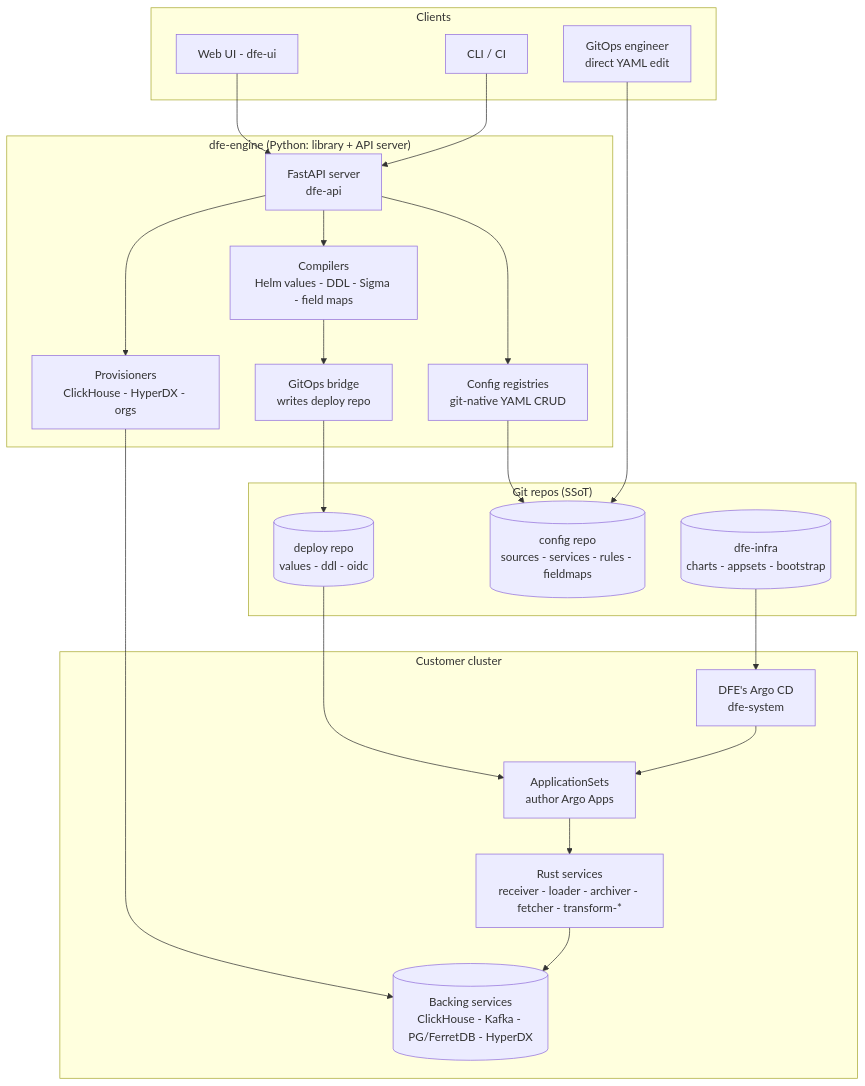
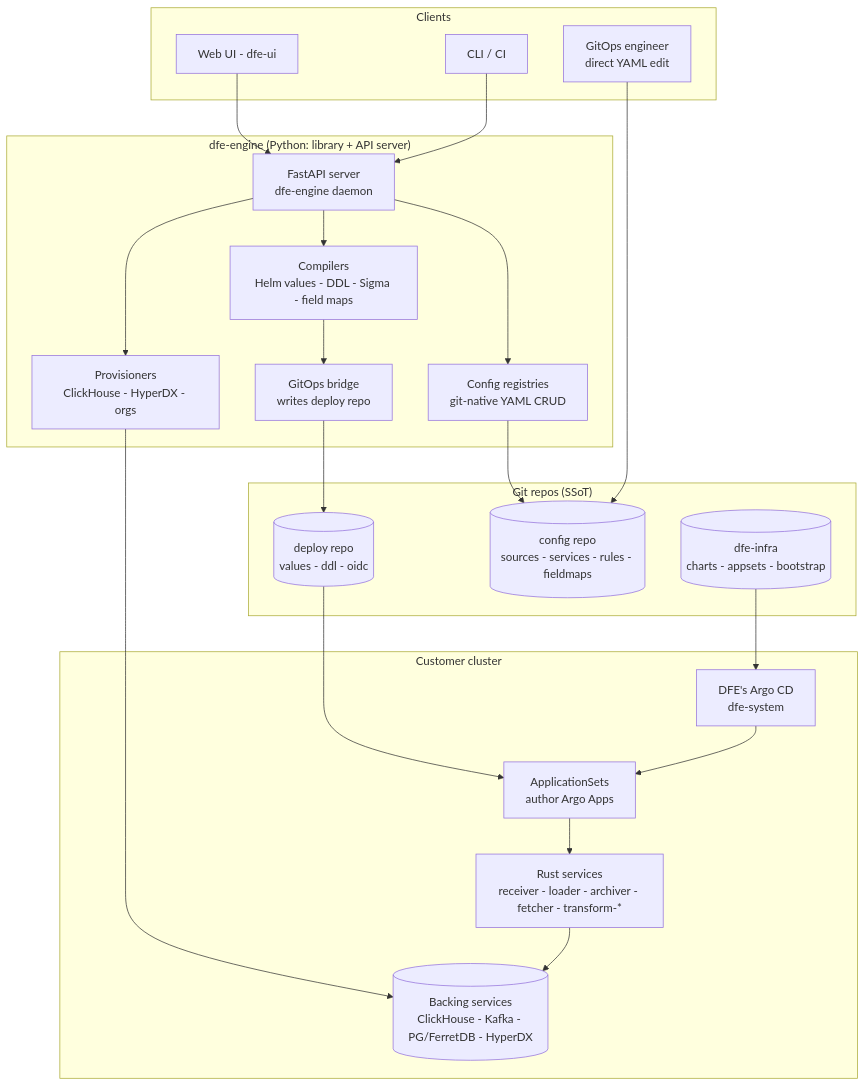
Before and after one commit to hyperi-io/dfe-engine: the second of 5 diagrams in docs/ARCHITECTURE.md, drawn with Mermaid. The commit also changed other lines of this file and 11 other files, not shown here.

First line of the commit message:
docs: reconcile CLI/architecture docs; add docker-dev guide

````diff
--- a/docs/ARCHITECTURE.md
+++ b/docs/ARCHITECTURE.md
@@ -136,40 +136,40 @@
 ```mermaid
 graph TB
     subgraph clients["Clients"]
         UI[Web UI - dfe-ui]
         CLIu[CLI / CI]
         GIT[GitOps engineer<br/>direct YAML edit]
     end
 
     subgraph engine["dfe-engine (Python: library + API server)"]
-        API[FastAPI server<br/>dfe-api]
+        API[FastAPI server<br/>dfe-engine daemon]
         REG[Config registries<br/>git-native YAML CRUD]
         COMP[Compilers<br/>Helm values - DDL - Sigma - field maps]
         BRIDGE[GitOps bridge<br/>writes deploy repo]
         PROV[Provisioners<br/>ClickHouse - HyperDX - orgs]
     end
 
     subgraph repos["Git repos (SSoT)"]
         CONFIG[(config repo<br/>sources - services - rules - fieldmaps)]
         DEPLOY[(deploy repo<br/>values - ddl - oidc)]
         INFRA[(dfe-infra<br/>charts - appsets - bootstrap)]
     end
 
     subgraph cluster["Customer cluster"]
         ARGO[DFE's Argo CD<br/>dfe-system]
         APPSETS[ApplicationSets<br/>author Argo Apps]
         RUST[Rust services<br/>receiver - loader - archiver - fetcher - transform-*]
         SUB[(Backing services<br/>ClickHouse - Kafka - PG/FerretDB - HyperDX)]
     end
 
     UI --> API
     CLIu --> API
     GIT --> CONFIG
     API --> REG --> CONFIG
     API --> COMP --> BRIDGE --> DEPLOY
     API --> PROV --> SUB
     INFRA --> ARGO --> APPSETS
     DEPLOY --> APPSETS
     APPSETS --> RUST
     RUST --> SUB
 ```
````
